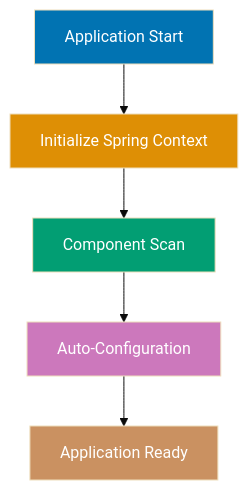
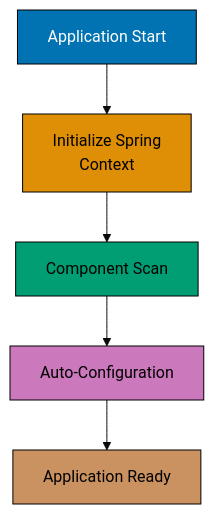
The first of 10 diagrams in apps/ayokoding-www/content/en/learn/legacy/software-engineering/platforms/web/tools/jvm-spring-boot/by-example/beginner.md (wahidyankf/ose-public), drawn with Mermaid (base theme) before and after one commit. The commit also changed other lines of this file and 130 other files, not shown here.

First line of the commit message:
fix(mermaid): bring the legacy platforms diagrams onto the accessible palette

````diff
--- a/apps/ayokoding-www/content/en/learn/legacy/software-engineering/platforms/web/tools/jvm-spring-boot/by-example/beginner.md
+++ b/apps/ayokoding-www/content/en/learn/legacy/software-engineering/platforms/web/tools/jvm-spring-boot/by-example/beginner.md
@@ -35,14 +35,22 @@
 ```mermaid
 %% Color Palette: Blue #0173B2, Orange #DE8F05, Teal #029E73, Purple #CC78BC, Brown #CA9161
 graph TD
-    Start["Application Start"] --> Context["Initialize Spring Context"]
+    accTitle: Example 1: Spring Boot Application Starter
+    accDescr: Graph with 5 nodes and 4 connections. Nodes: Application Start, Initialize Spring Context, Component Scan, Auto-Configuration, Application Ready. Connections: Application Start to Initialize Spring Context, Initialize Spring Context to Component Scan, Component Scan to Auto-Configuration, Auto-Configuration to Application Ready.
+    Start["Application Start"] --> Context["Initialize Spring<br/>Context"]
     Context --> Scan["Component Scan"]
     Scan --> AutoConfig["Auto-Configuration"]
     AutoConfig --> Ready["Application Ready"]
 
-    style Start fill:#0173B2,color:#fff
-    style Context fill:#DE8F05,color:#fff
-    style Scan fill:#029E73,color:#fff
-    style AutoConfig fill:#CC78BC,color:#fff
-    style Ready fill:#CA9161,color:#fff
+    classDef pal-0173B2 fill:#0173B2,stroke:#000000,color:#FFFFFF
+    class Start pal-0173B2
+    classDef pal-DE8F05 fill:#DE8F05,stroke:#000000,color:#000000
+    class Context pal-DE8F05
+    classDef pal-029E73 fill:#029E73,stroke:#000000,color:#000000
+    class Scan pal-029E73
+    classDef pal-CC78BC fill:#CC78BC,stroke:#000000,color:#000000
+    class AutoConfig pal-CC78BC
+    classDef pal-CA9161 fill:#CA9161,stroke:#000000,color:#000000
+    class Ready pal-CA9161
+    classDef default fill:#FFFFFF,stroke:#000000,color:#000000
 ```
````
